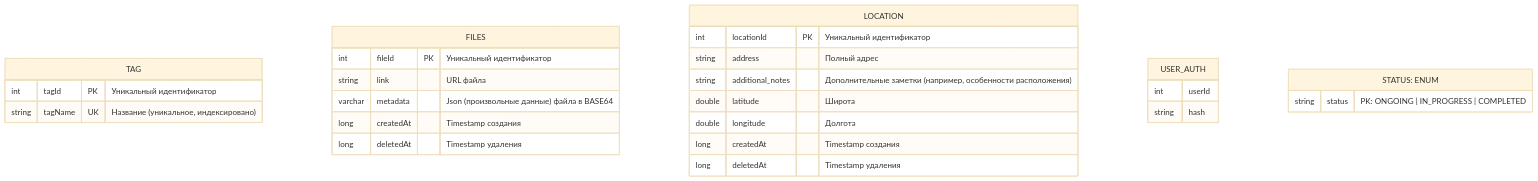
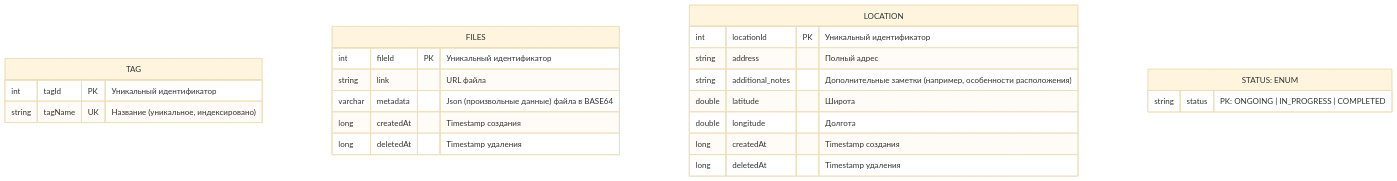
The second of 3 diagrams in documentation/architecture/erd.md (ADT-VOLUNTEERS-CASE/.github), drawn with Mermaid (base theme) before and after one commit. The commit also changed other lines of this file, not shown here.

Commit message:
Fix: change version date Fix: remove USER_AUTH table

````diff
--- a/documentation/architecture/erd.md
+++ b/documentation/architecture/erd.md
@@ -67,36 +67,31 @@
 ```mermaid
 erDiagram
     TAG {
         int tagId PK "Уникальный идентификатор"
         string tagName UK "Название (уникальное, индексировано)"
     }
 
     FILES {
         int fileId PK "Уникальный идентификатор"
         string link "URL файла"
         varchar metadata "Json (произвольные данные) файла в BASE64"
 
        long createdAt "Timestamp создания"
        long deletedAt "Timestamp удаления"
     }
 
     LOCATION {
         int locationId PK "Уникальный идентификатор"
         string address "Полный адрес"
         string additional_notes "Дополнительные заметки (например, особенности расположения)"
         double latitude "Широта"
         double longitude "Долгота"
 
        long createdAt "Timestamp создания"
        long deletedAt "Timestamp удаления"
     }
-    
-    USER_AUTH {
-        int userId
-        string hash
-    }
 
     STATUS["STATUS: ENUM"] {
         string status "PK: ONGOING | IN_PROGRESS | COMPLETED"
     }
 ```
````
